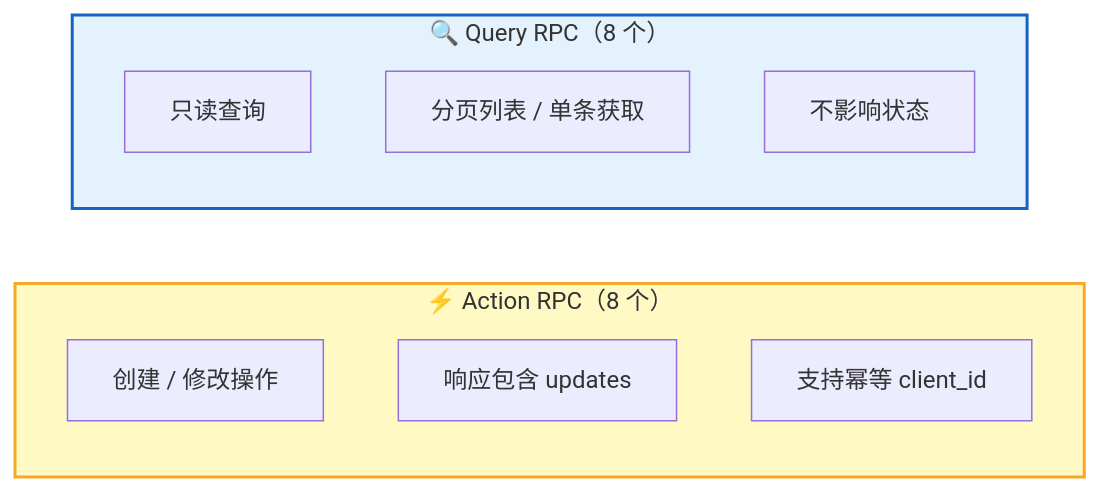
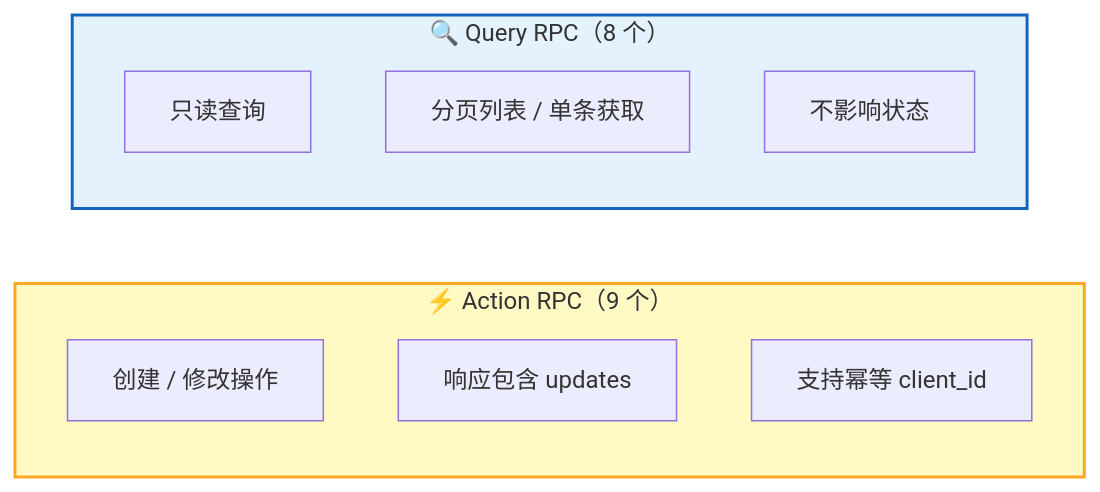
Before and after one commit to rtc-agent/docs: the third of 5 diagrams in src/content/docs/protocol/index.md, drawn with Mermaid. The commit also changed other lines of this file and 13 other files, not shown here.

````diff
--- a/src/content/docs/protocol/index.md
+++ b/src/content/docs/protocol/index.md
@@ -76,19 +76,19 @@
 ```mermaid
 flowchart LR
-    subgraph ACTION["⚡ Action RPC（8 个）"]
+    subgraph ACTION["⚡ Action RPC（9 个）"]
         direction TB
         A1["创建 / 修改操作"]
         A2["响应包含 updates"]
         A3["支持幂等 client_id"]
     end
 
     subgraph QUERY["🔍 Query RPC（8 个）"]
         direction TB
         Q1["只读查询"]
         Q2["分页列表 / 单条获取"]
         Q3["不影响状态"]
     end
 
     style ACTION fill:#fff9c4,stroke:#f9a825,stroke-width:2px
     style QUERY fill:#e3f2fd,stroke:#1565c0,stroke-width:2px
 ```
````
